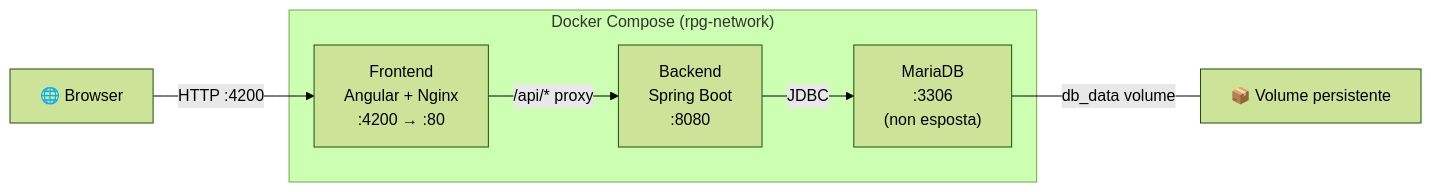
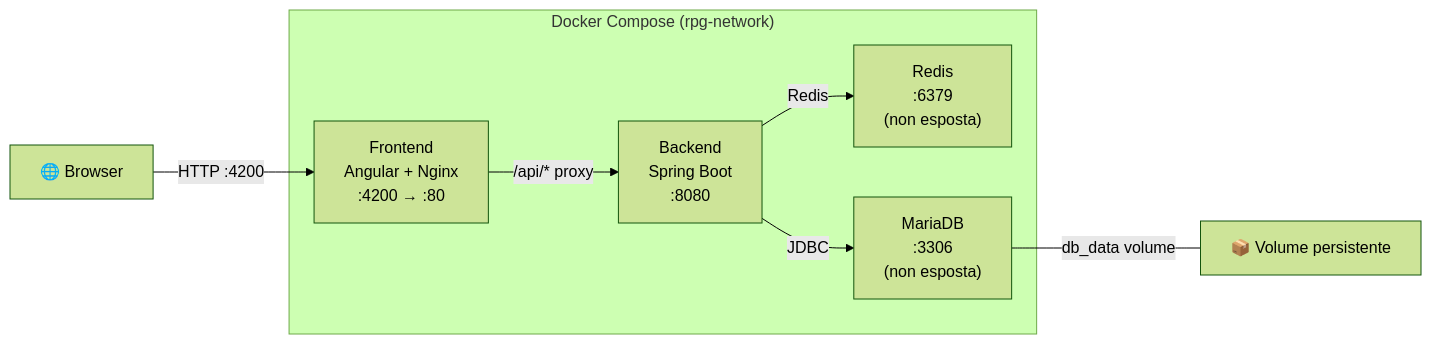
Before and after one commit to AliceMassetani/RPG-Cloud: the diagram in README.md, drawn with Mermaid (forest theme). The commit also changed other lines of this file, not shown here.

Commit message:
docs: update README with Redis architecture, session statelessness, registration details, and CI smoke test documentation

````diff
--- a/README.md
+++ b/README.md
@@ -19,13 +20,15 @@
 ```mermaid
 graph LR
     Browser["🌐 Browser"]
     subgraph Docker["Docker Compose (rpg-network)"]
         FE["Frontend<br/>Angular + Nginx<br/>:4200 → :80"]
         BE["Backend<br/>Spring Boot<br/>:8080"]
+        REDIS["Redis<br/>:6379<br/>(non esposta)"]
         DB["MariaDB<br/>:3306<br/>(non esposta)"]
     end
     Browser -->|"HTTP :4200"| FE
     FE -->|"/api/* proxy"| BE
+    BE -->|"Redis"| REDIS
     BE -->|"JDBC"| DB
     DB ---|"db_data volume"| V["📦 Volume persistente"]
 ```
````
